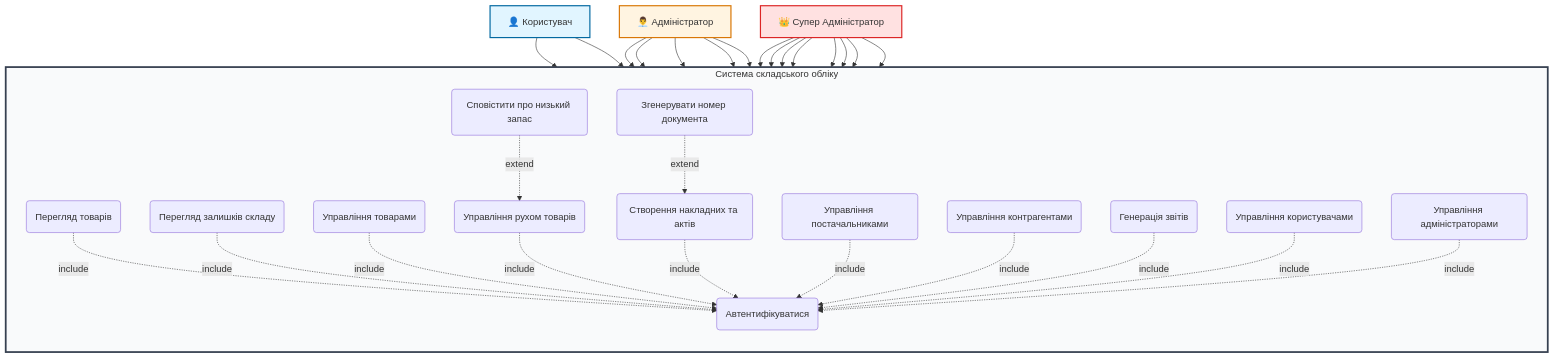
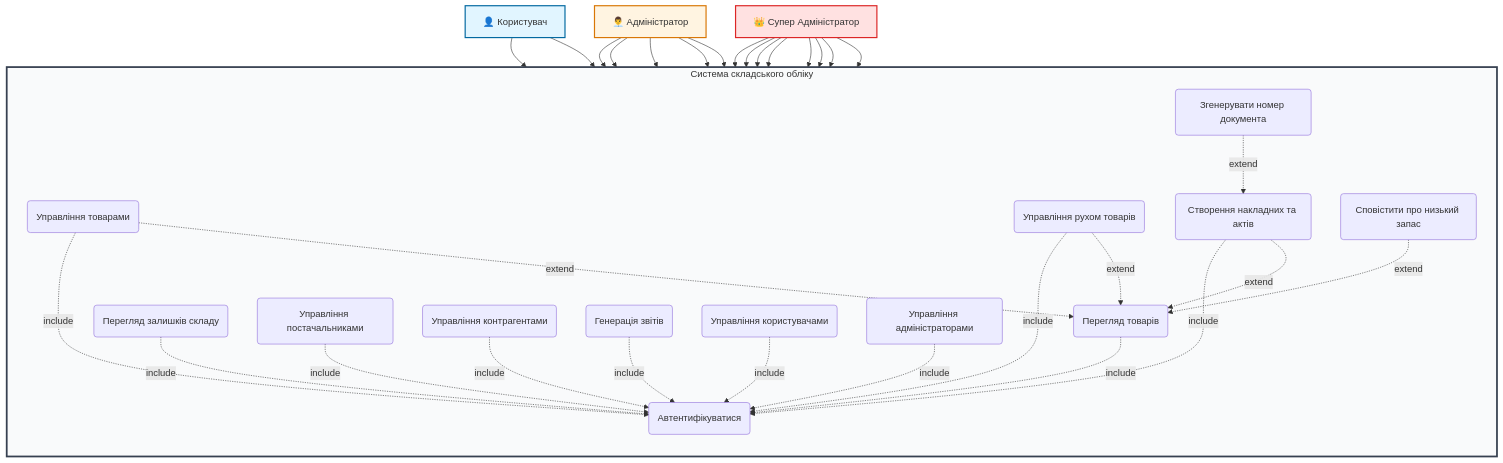
One commit to Andriy723/Patterns_coursework changed the first of 2 diagrams in README.md. Above: the diagram before and after it, drawn with Mermaid.

````diff
--- a/README.md
+++ b/README.md
@@ -331,62 +331,65 @@
 ```mermaid
 graph TB
     User[👤 Користувач]
     Admin[👨‍💼 Адміністратор]
     SuperAdmin[👑 Супер Адміністратор]
     
     subgraph System["Система складського обліку"]
         direction TB
         UC1(Перегляд товарів)
         UC2(Перегляд залишків складу)
         UC3(Управління товарами)
         UC4(Управління рухом товарів)
         UC5(Створення накладних та актів)
         UC6(Управління постачальниками)
         UC7(Управління контрагентами)
         UC8(Генерація звітів)
         UC9(Управління користувачами)
         UC10(Управління адміністраторами)
         
         INC1(Автентифікуватися)
         
         EXT1(Згенерувати номер документа)
         EXT2(Сповістити про низький запас)
     end
     
     User --> UC1
     User --> UC2
     
     Admin --> UC1
     Admin --> UC2
     Admin --> UC3
     Admin --> UC4
     Admin --> UC5
     
     SuperAdmin --> UC3
     SuperAdmin --> UC4
     SuperAdmin --> UC5
     SuperAdmin --> UC6
     SuperAdmin --> UC7
     SuperAdmin --> UC8
     SuperAdmin --> UC9
     SuperAdmin --> UC10
     
     UC1 -.->|include| INC1
     UC2 -.->|include| INC1
     UC3 -.->|include| INC1
     UC4 -.->|include| INC1
     UC5 -.->|include| INC1
     UC6 -.->|include| INC1
     UC7 -.->|include| INC1
     UC8 -.->|include| INC1
     UC9 -.->|include| INC1
     UC10 -.->|include| INC1
     
+    UC3 -.->|extend| UC1
+    UC4 -.->|extend| UC1
+    UC5 -.->|extend| UC1
     EXT1 -.->|extend| UC5
-    EXT2 -.->|extend| UC4
+    EXT2 -.->|extend| UC1
     
     style System fill:#f9fafb,stroke:#374151,stroke-width:3px
     style User fill:#e1f5ff,stroke:#0369a1,stroke-width:2px
     style Admin fill:#fff4e1,stroke:#d97706,stroke-width:2px
     style SuperAdmin fill:#ffe1e1,stroke:#dc2626,stroke-width:2px
 ```
````
